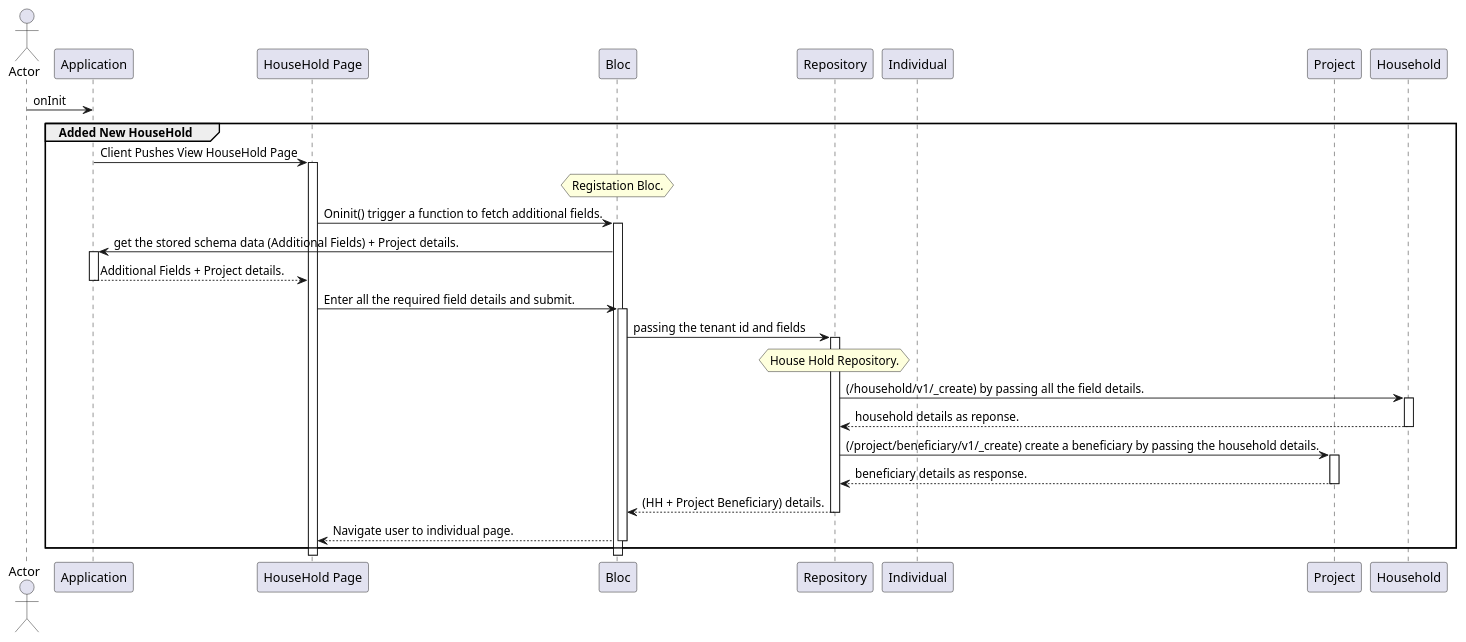
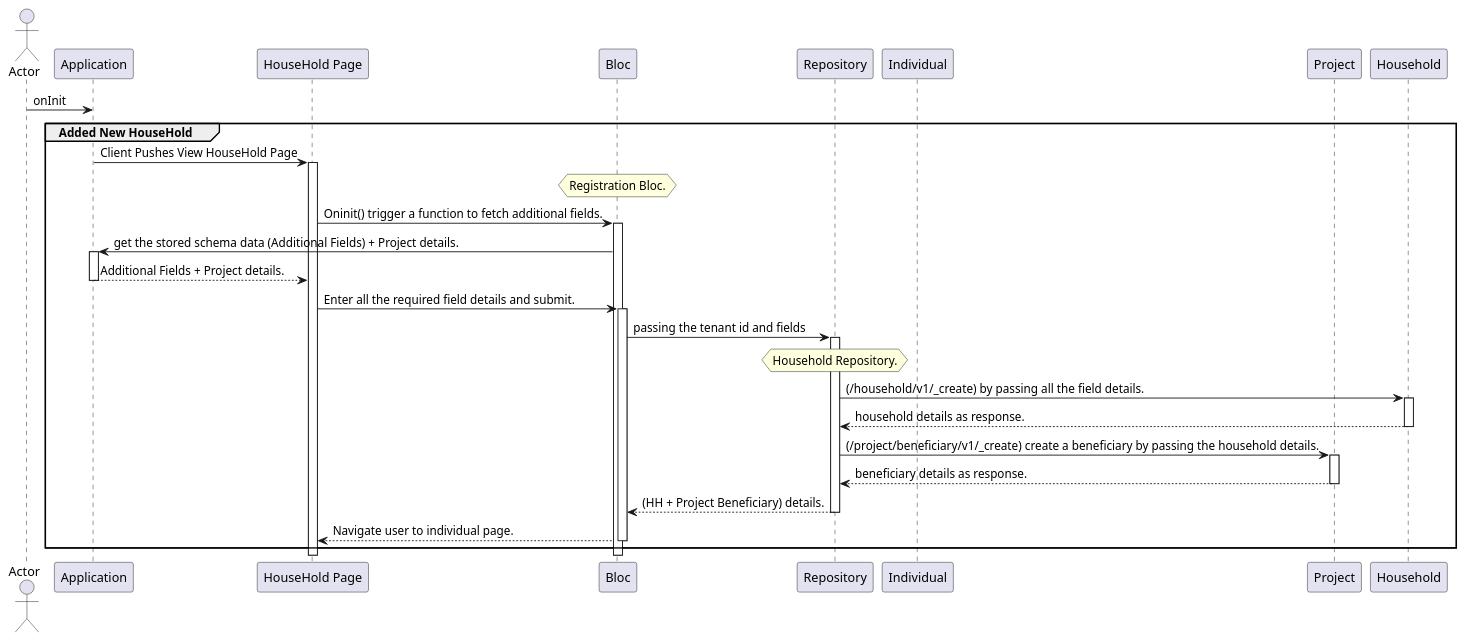
Before and after one commit to egovernments/health-api-specs: the diagram in sequence-diagrams/user-flows/register-household.puml, drawn with PlantUML. The commit also changed 6 other files, not shown here.

Commit message:
Sequence Diagrams: User flows - Fix grammar and typos

```diff
--- a/sequence-diagrams/user-flows/register-household.puml
+++ b/sequence-diagrams/user-flows/register-household.puml
@@ -1,33 +1,33 @@
 @startuml HouseHold Create
 
 actor Actor
 participant Application as client
 participant "HouseHold Page" as household
 participant Bloc
 participant Repository as repository
 participant Individual as individual_service
 participant Project as project_service
-participant Household as house_hold_service
+participant Household as household_service
 
 Actor -> client: onInit
 group  Added New HouseHold
     autoactivate on
 
     client -> household: Client Pushes View HouseHold Page
-    hnote over Bloc :  Registation Bloc.
+    hnote over Bloc :  Registration Bloc.
     household -> Bloc: Oninit() trigger a function to fetch additional fields.
     Bloc -> client :  get the stored schema data (Additional Fields) + Project details.
     client --> household: Additional Fields + Project details.
     household -> Bloc: Enter all the required field details and submit.
     Bloc -> repository : passing the tenant id and fields
-    hnote over repository : House Hold Repository.
-    repository -> house_hold_service : (/household/v1/_create) by passing all the field details.
-    house_hold_service --> repository :  household details as reponse.
+    hnote over repository : Household Repository.
+    repository -> household_service : (/household/v1/_create) by passing all the field details.
+    household_service --> repository :  household details as response.
     repository -> project_service: (/project/beneficiary/v1/_create) create a beneficiary by passing the household details.
     project_service --> repository :  beneficiary details as response.
     repository --> Bloc : (HH + Project Beneficiary) details.
     Bloc --> household : Navigate user to individual page.
 
     autoactivate off
 end
 @enduml
```
